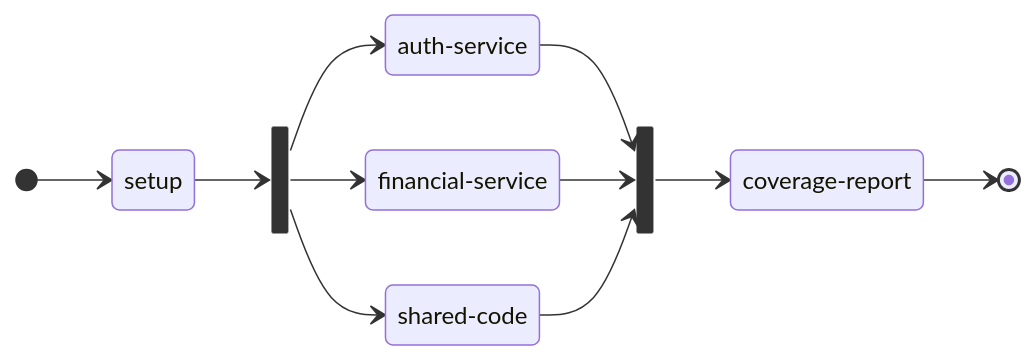
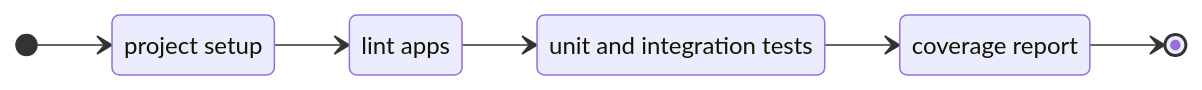
One commit to shimisnow/poc-nestjs changed the first of 3 diagrams in docs/markdown/github-actions.md. Above: the diagram before and after it, drawn with Mermaid. The commit also changed other lines of this file, not shown here.

Commit message:
docs[#164]: changes documentation for github actions test pipeline

````diff
--- a/docs/markdown/github-actions.md
+++ b/docs/markdown/github-actions.md
@@ -13,21 +13,14 @@
 ```mermaid
 stateDiagram-v2
 direction LR
-state "auth-service" as auth
-state "financial-service" as financial
-state "shared-code" as shared
-state "coverage-report" as coverage
-state wait1 <<fork>>
-state wait2 <<fork>>
+state "project setup" as setup
+state "lint apps" as lint
+state "unit and integration tests" as test
+state "coverage report" as coverage
 
 [*] --> setup
-setup --> wait1
-wait1 --> auth
-wait1 --> financial
-wait1 --> shared
-auth --> wait2
-financial --> wait2
-shared --> wait2
-wait2 --> coverage
+setup --> lint
+lint --> test
+test --> coverage
 coverage --> [*]
 ```
````
